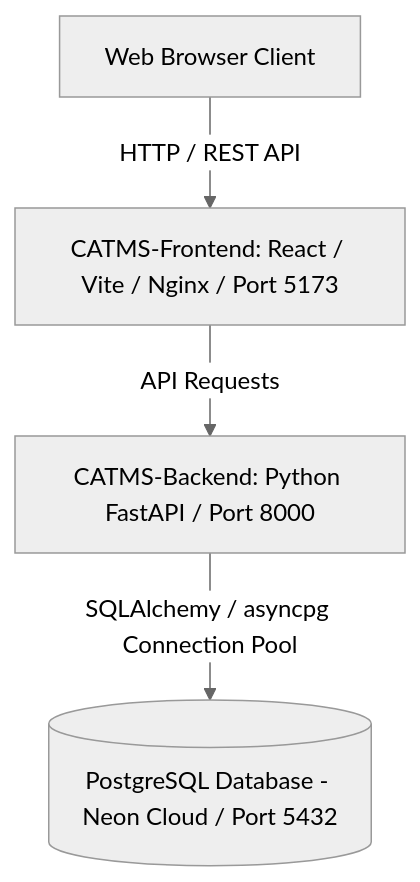
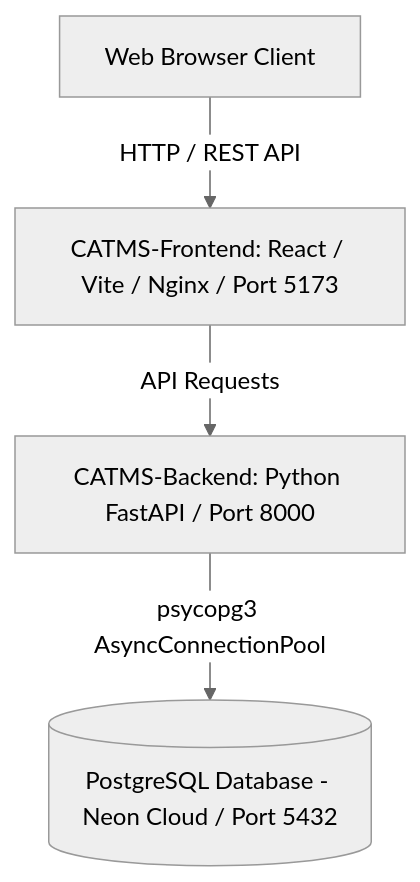
Before and after one commit to datanexus-cs3043/project-docs: the diagram in architecture.md, drawn with Mermaid (neutral theme). The commit also changed other lines of this file, not shown here.

Commit message:
docs(architecture): update connection pool and container topology for postgres

````diff
--- a/architecture.md
+++ b/architecture.md
@@ -7,6 +7,6 @@
 ```mermaid
 graph TD
     Client[Web Browser Client] -->|HTTP / REST API| Frontend[CATMS-Frontend: React / Vite / Nginx / Port 5173]
     Frontend -->|API Requests| Backend[CATMS-Backend: Python FastAPI / Port 8000]
-    Backend -->|SQLAlchemy / asyncpg Connection Pool| Database[(PostgreSQL Database - Neon Cloud / Port 5432)]
+    Backend -->|psycopg3 AsyncConnectionPool| Database[(PostgreSQL Database - Neon Cloud / Port 5432)]
 ```
````
